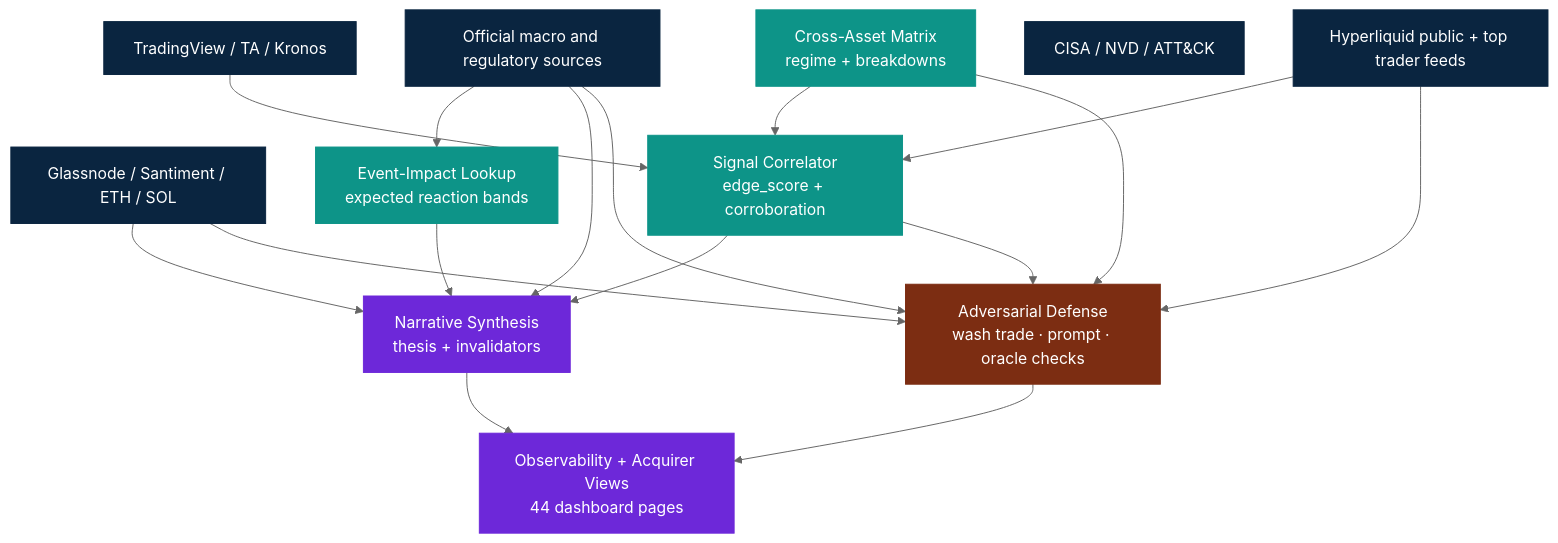
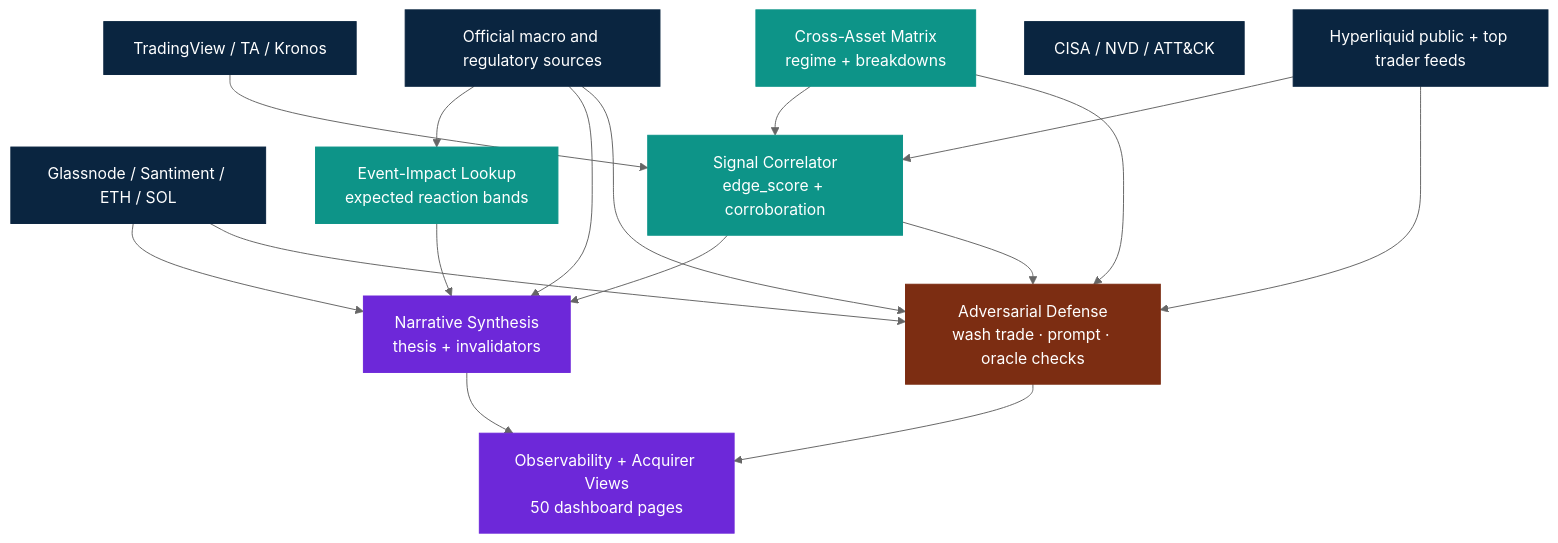
One commit to arigatoexpress/Sapphire changed the second of 8 diagrams in README.md. Above: the diagram before and after it, drawn with Mermaid (neutral theme). The commit also changed other lines of this file and 15 other files, not shown here.

````diff
--- a/README.md
+++ b/README.md
@@ -155,38 +155,38 @@
 ```mermaid
 flowchart TB
     classDef source fill:#0A2540,stroke:#0A2540,color:#fff
     classDef model fill:#0d9488,stroke:#0d9488,color:#fff
     classDef guard fill:#7c2d12,stroke:#7c2d12,color:#fff
     classDef output fill:#6d28d9,stroke:#6d28d9,color:#fff
 
     TV[TradingView / TA / Kronos]:::source
     HL[Hyperliquid public + top trader feeds]:::source
     Macro[Official macro and regulatory sources]:::source
     Chain[Glassnode / Santiment / ETH / SOL]:::source
     Threat[CISA / NVD / ATT&CK]:::source
 
     Corr[Signal Correlator<br/>edge_score + corroboration]:::model
     Regime[Cross-Asset Matrix<br/>regime + breakdowns]:::model
     Impact[Event-Impact Lookup<br/>expected reaction bands]:::model
     Narrative[Narrative Synthesis<br/>thesis + invalidators]:::output
     Adv[Adversarial Defense<br/>wash trade · prompt · oracle checks]:::guard
-    Obs[Observability + Acquirer Views<br/>44 dashboard pages]:::output
+    Obs[Observability + Acquirer Views<br/>50 dashboard pages]:::output
 
     TV --> Corr
     HL --> Corr
     Macro --> Impact
     Macro --> Narrative
     Chain --> Narrative
     Regime --> Corr
     Corr --> Narrative
     Impact --> Narrative
 
     Corr --> Adv
     Regime --> Adv
     Macro --> Adv
     Chain --> Adv
     HL --> Adv
 
     Narrative --> Obs
     Adv --> Obs
 ```
````
